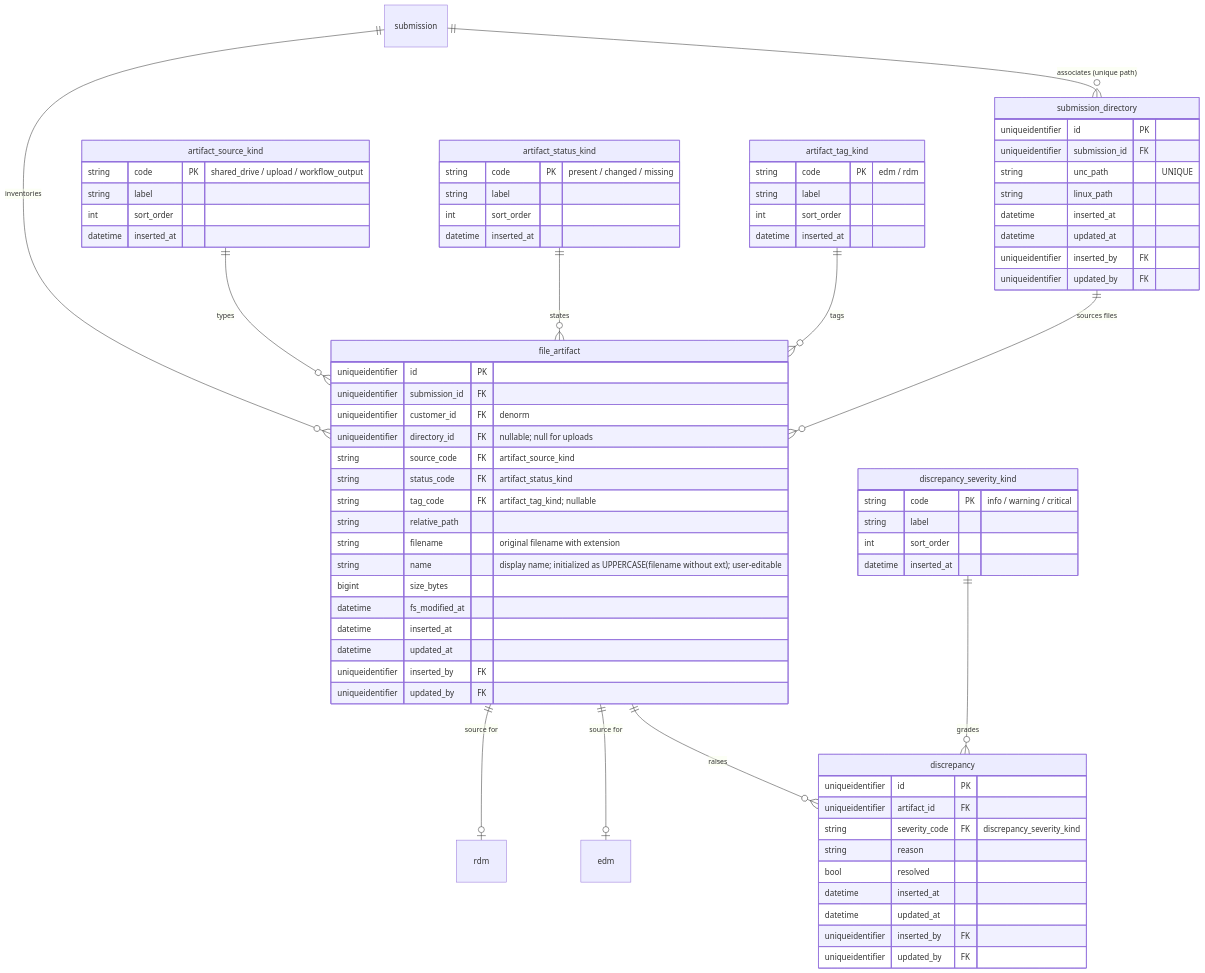
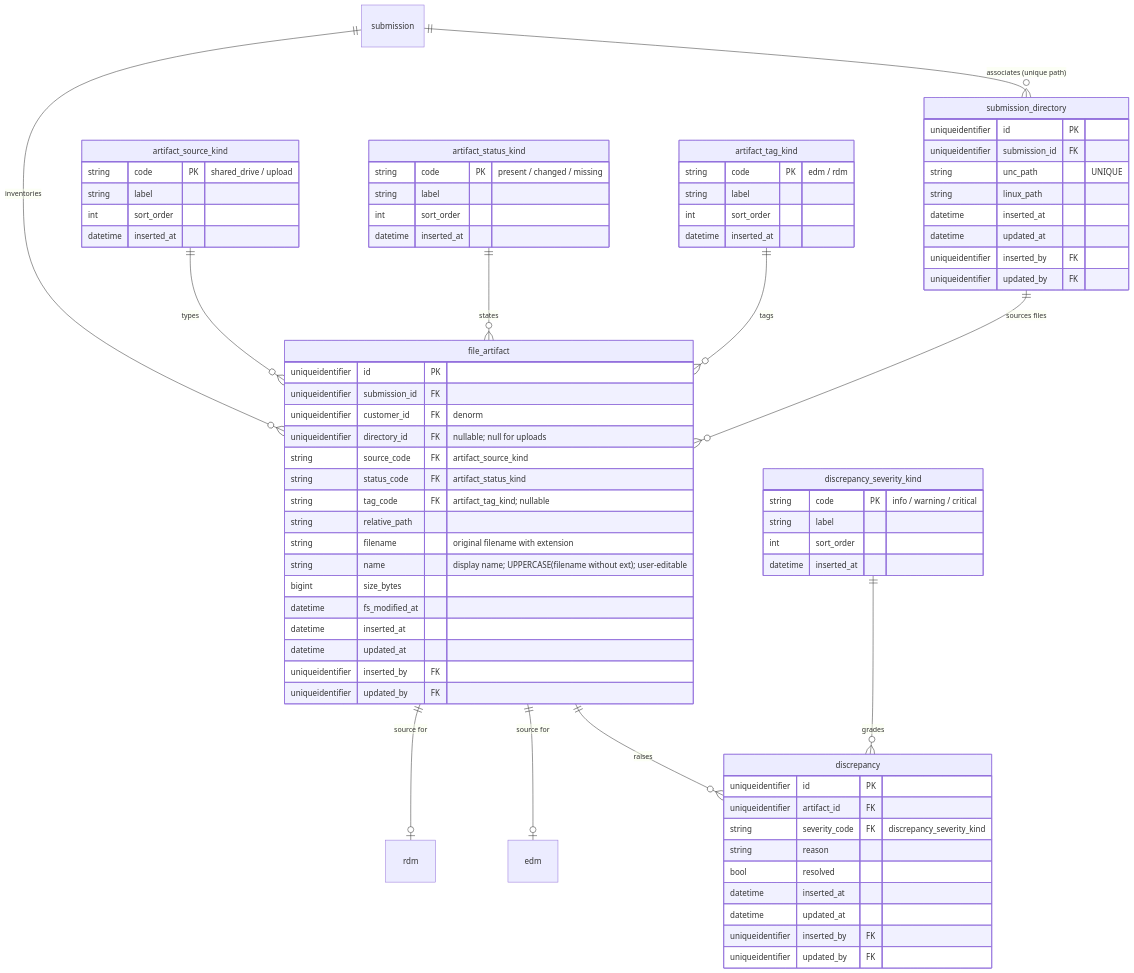
One commit to anilvenugopal/risk-workbench changed the second of 7 diagrams in docs/DATA_MODEL.md. Above: the diagram before and after it, drawn with Mermaid. The commit also changed other lines of this file and 25 other files, not shown here.

````diff
--- a/docs/DATA_MODEL.md
+++ b/docs/DATA_MODEL.md
@@ -158,77 +219,77 @@
 ```mermaid
 erDiagram
   submission ||--o{ submission_directory : "associates (unique path)"
   submission ||--o{ file_artifact : inventories
   submission_directory ||--o{ file_artifact : "sources files"
   artifact_source_kind ||--o{ file_artifact : types
   artifact_status_kind ||--o{ file_artifact : states
   artifact_tag_kind ||--o{ file_artifact : tags
   file_artifact ||--o{ discrepancy : raises
   discrepancy_severity_kind ||--o{ discrepancy : grades
   file_artifact ||--o| edm : "source for"
   file_artifact ||--o| rdm : "source for"
 
   submission_directory {
     uniqueidentifier id PK
     uniqueidentifier submission_id FK
     string unc_path "UNIQUE"
     string linux_path
     datetime inserted_at
     datetime updated_at
     uniqueidentifier inserted_by FK
     uniqueidentifier updated_by FK
   }
   file_artifact {
     uniqueidentifier id PK
     uniqueidentifier submission_id FK
     uniqueidentifier customer_id FK "denorm"
     uniqueidentifier directory_id FK "nullable; null for uploads"
     string source_code FK "artifact_source_kind"
     string status_code FK "artifact_status_kind"
     string tag_code FK "artifact_tag_kind; nullable"
     string relative_path
     string filename "original filename with extension"
-    string name "display name; initialized as UPPERCASE(filename without ext); user-editable"
+    string name "display name; UPPERCASE(filename without ext); user-editable"
     bigint size_bytes
     datetime fs_modified_at
     datetime inserted_at
     datetime updated_at
     uniqueidentifier inserted_by FK
     uniqueidentifier updated_by FK
   }
   artifact_source_kind {
-    string code PK "shared_drive / upload / workflow_output"
+    string code PK "shared_drive / upload"
     string label
     int sort_order
     datetime inserted_at
   }
   artifact_status_kind {
     string code PK "present / changed / missing"
     string label
     int sort_order
     datetime inserted_at
   }
   artifact_tag_kind {
     string code PK "edm / rdm"
     string label
     int sort_order
     datetime inserted_at
   }
   discrepancy {
     uniqueidentifier id PK
     uniqueidentifier artifact_id FK
     string severity_code FK "discrepancy_severity_kind"
     string reason
     bool resolved
     datetime inserted_at
     datetime updated_at
     uniqueidentifier inserted_by FK
     uniqueidentifier updated_by FK
   }
   discrepancy_severity_kind {
     string code PK "info / warning / critical"
     string label
     int sort_order
     datetime inserted_at
   }
 ```
````
